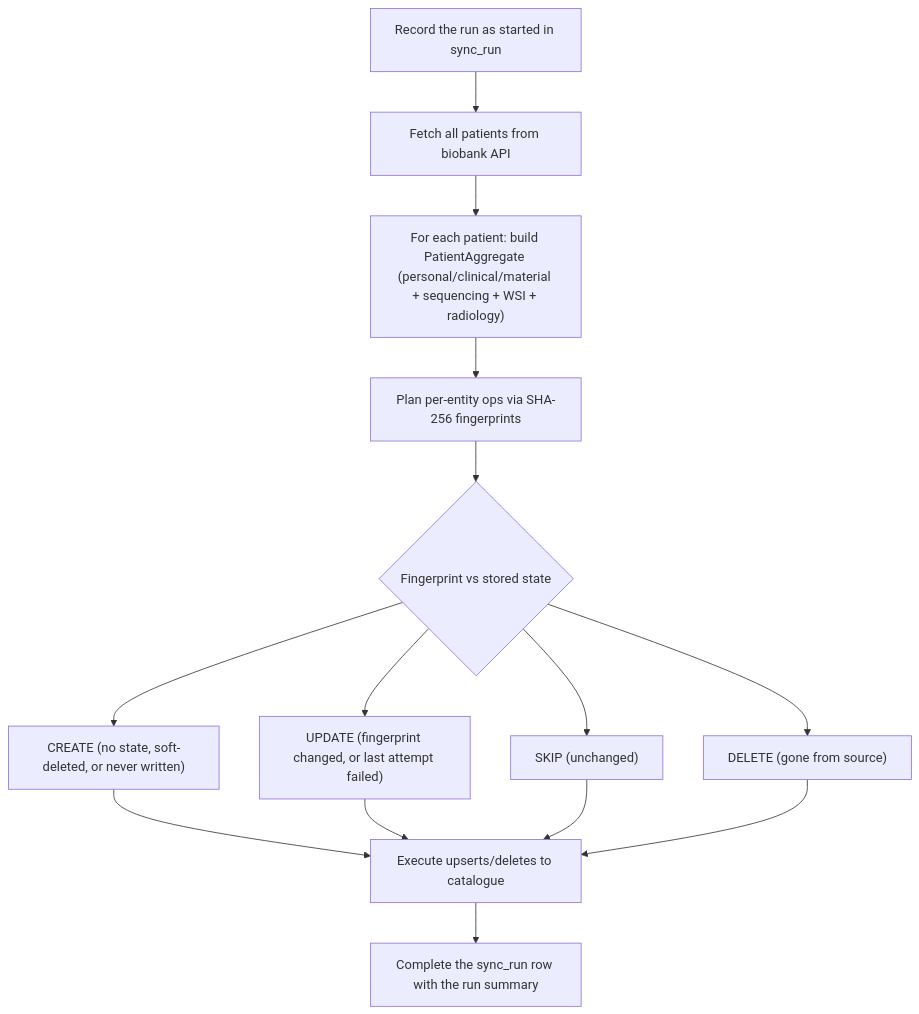
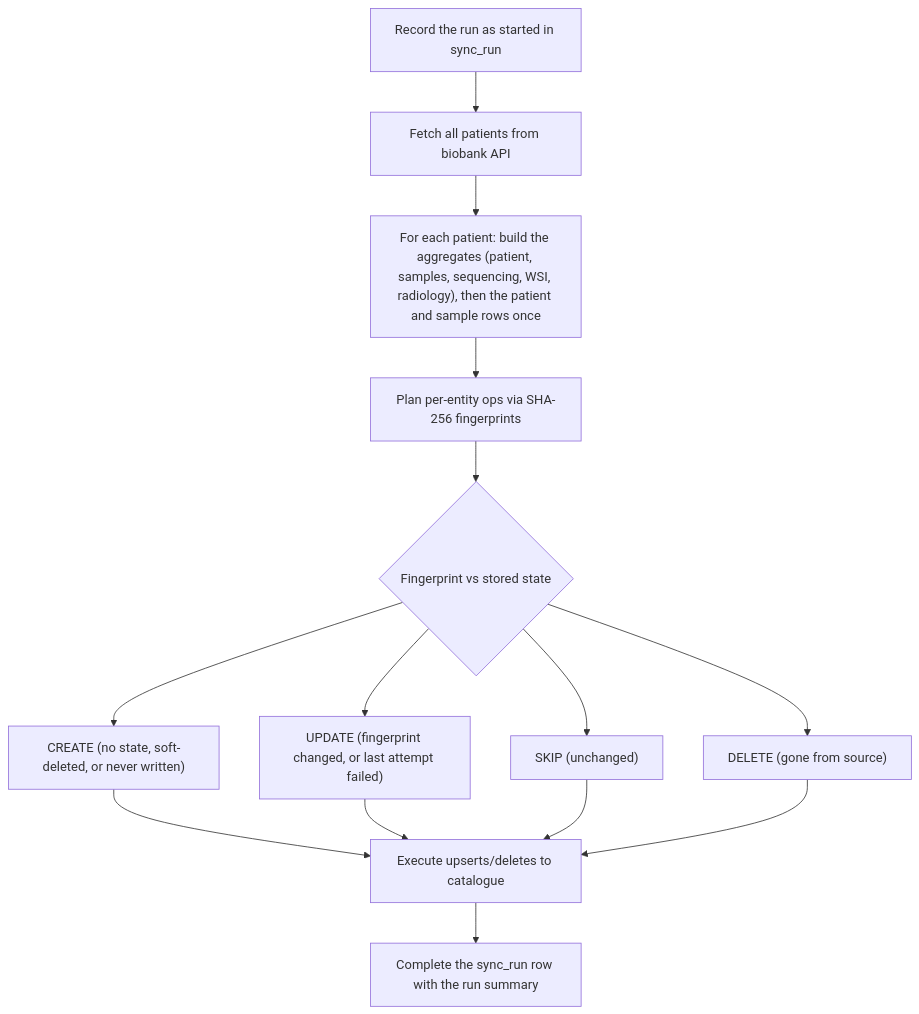
The third of 4 diagrams in ARCHITECTURE.md (BBMRI-cz/data-catalogue-upload), drawn with Mermaid before and after one commit. The commit also changed other lines of this file and 35 other files, not shown here.

````diff
--- a/ARCHITECTURE.md
+++ b/ARCHITECTURE.md
@@ -113,25 +113,25 @@
 ```mermaid
 flowchart TD
     Start["Record the run as started in sync_run"]
     Fetch["Fetch all patients from biobank API"]
-    Build["For each patient: build PatientAggregate (personal/clinical/material + sequencing + WSI + radiology)"]
+    Build["For each patient: build the aggregates (patient, samples, sequencing, WSI, radiology), then the patient and sample rows once"]
     Plan["Plan per-entity ops via SHA-256 fingerprints"]
     Decide{"Fingerprint vs stored state"}
     Create["CREATE (no state, soft-deleted, or never written)"]
     Update["UPDATE (fingerprint changed, or last attempt failed)"]
     Skip["SKIP (unchanged)"]
     Delete["DELETE (gone from source)"]
     Execute["Execute upserts/deletes to catalogue"]
     Persist["Complete the sync_run row with the run summary"]
 
     Start --> Fetch --> Build --> Plan --> Decide
     Decide --> Create
     Decide --> Update
     Decide --> Skip
     Decide --> Delete
     Create --> Execute
     Update --> Execute
     Skip --> Execute
     Delete --> Execute
     Execute --> Persist
 ```
````
